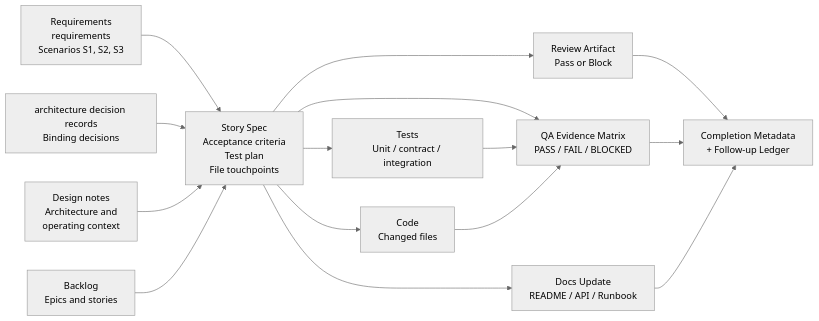
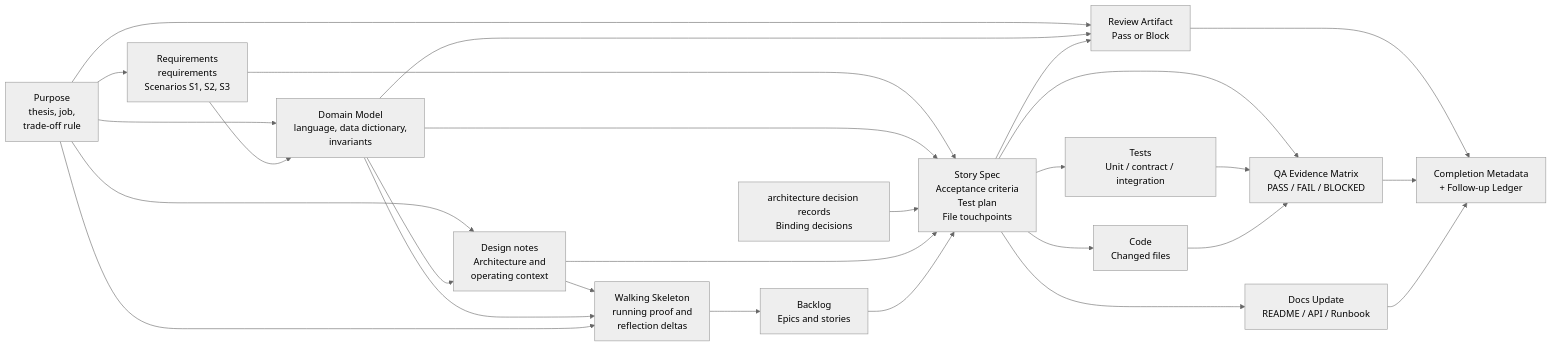
The diagram in TRACEABILITY.md (PhilipTeitel/Artifact-Driven-Development), drawn with Mermaid (neutral theme) before and after one commit. The commit also changed other lines of this file and 34 other files, not shown here.

Commit message:
Added purpose and domain model

````diff
--- a/TRACEABILITY.md
+++ b/TRACEABILITY.md
@@ -11,29 +11,44 @@
 ```mermaid
 flowchart LR
+    purpose["Purpose<br/>thesis, job,<br/>trade-off rule"]
+    domain["Domain Model<br/>language, data dictionary,<br/>invariants"]
     requirements["Requirements<br/>requirements<br/>Scenarios S1, S2, S3"]
-    architecture-decision-record["architecture decision records<br/>Binding decisions"]
+    adr["architecture decision records<br/>Binding decisions"]
     design["Design notes<br/>Architecture and<br/>operating context"]
+    skeleton["Walking Skeleton<br/>running proof and<br/>reflection deltas"]
     backlog["Backlog<br/>Epics and stories"]
     story["Story Spec<br/>Acceptance criteria<br/>Test plan<br/>File touchpoints"]
     tests["Tests<br/>Unit / contract / integration"]
     code["Code<br/>Changed files"]
     review["Review Artifact<br/>Pass or Block"]
     qa["QA Evidence Matrix<br/>PASS / FAIL / BLOCKED"]
     docs["Docs Update<br/>README / API / Runbook"]
     metadata["Completion Metadata<br/>+ Follow-up Ledger"]
 
+    purpose --> requirements
+    purpose --> domain
+    purpose --> design
+    domain --> design
+    requirements --> domain
     requirements --> story
-    architecture-decision-record --> story
+    domain --> story
+    adr --> story
     design --> story
+    design --> skeleton
+    domain --> skeleton
+    purpose --> skeleton
+    skeleton --> backlog
     backlog --> story
     story --> tests
     story --> code
+    purpose --> review
+    domain --> review
     story --> review
     story --> qa
     tests --> qa
     code --> qa
     review --> metadata
     qa --> metadata
     story --> docs
     docs --> metadata
 ```
````
